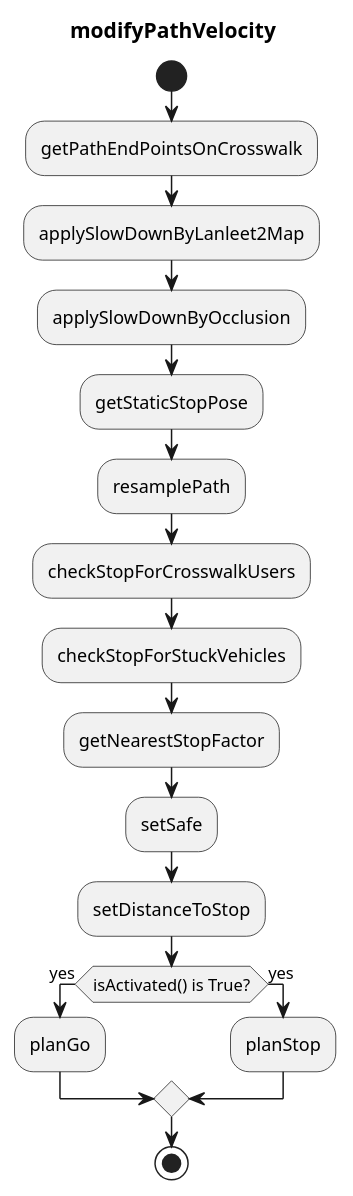
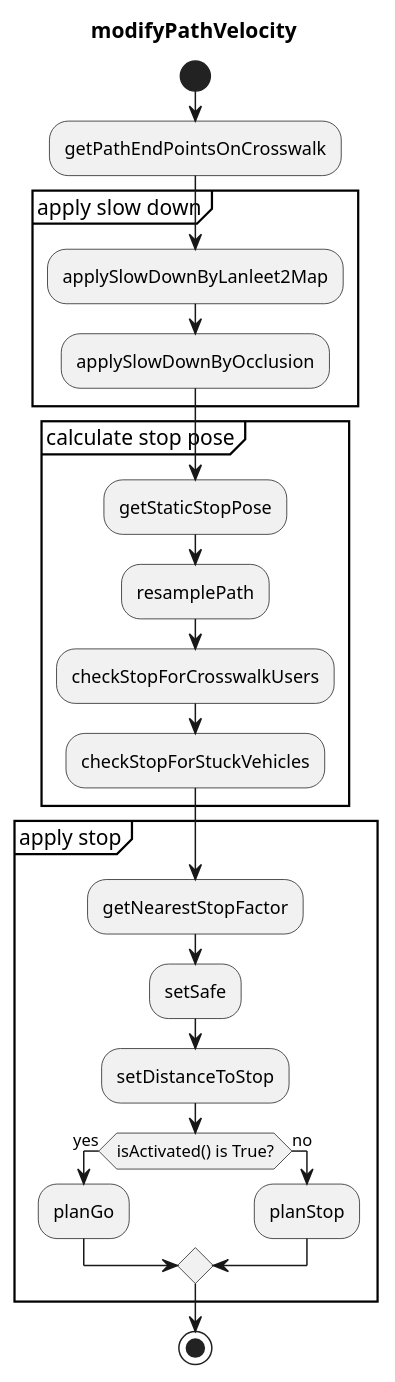
One commit to Andrey949101/autoware.universe changed the diagram in planning/behavior_velocity_planner/autoware_behavior_velocity_crosswalk_module/README.md. Above: the diagram before and after it, drawn with PlantUML. The commit also changed 2 other files, not shown here.

````diff
--- a/planning/behavior_velocity_planner/autoware_behavior_velocity_crosswalk_module/README.md
+++ b/planning/behavior_velocity_planner/autoware_behavior_velocity_crosswalk_module/README.md
@@ -13,26 +13,32 @@
 ```plantuml
 @startuml
 skinparam monochrome true
 
 title modifyPathVelocity
 start
 :getPathEndPointsOnCrosswalk;
-:applySlowDownByLanleet2Map;
-:applySlowDownByOcclusion;
-:getStaticStopPose;
-:resamplePath;
-:checkStopForCrosswalkUsers;
-:checkStopForStuckVehicles;
-:getNearestStopFactor;
-:setSafe;
-:setDistanceToStop;
+group apply slow down
+  :applySlowDownByLanleet2Map;
+  :applySlowDownByOcclusion;
+end group
+group calculate stop pose
+  :getStaticStopPose;
+  :resamplePath;
+  :checkStopForCrosswalkUsers;
+  :checkStopForStuckVehicles;
+end group
+group apply stop
+  :getNearestStopFactor;
+  :setSafe;
+  :setDistanceToStop;
 
-if (isActivated() is True?) then (yes)
-  :planGo;
-else (yes)
-  :planStop;
-endif
+  if (isActivated() is True?) then (yes)
+    :planGo;
+  else (no)
+    :planStop;
+  endif
+end group
 
 stop
 @enduml
 ```
````
